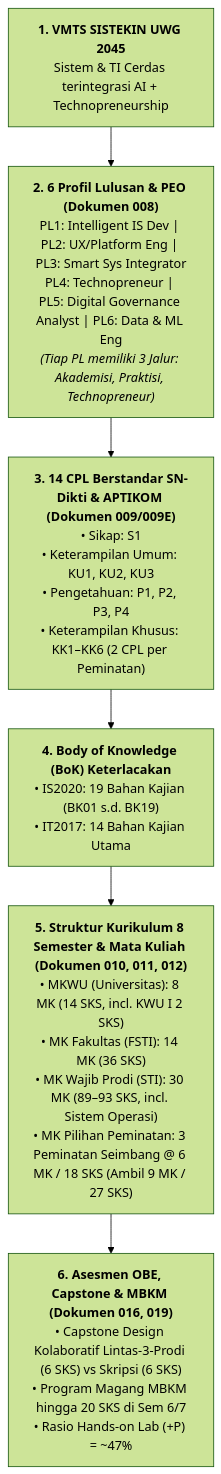
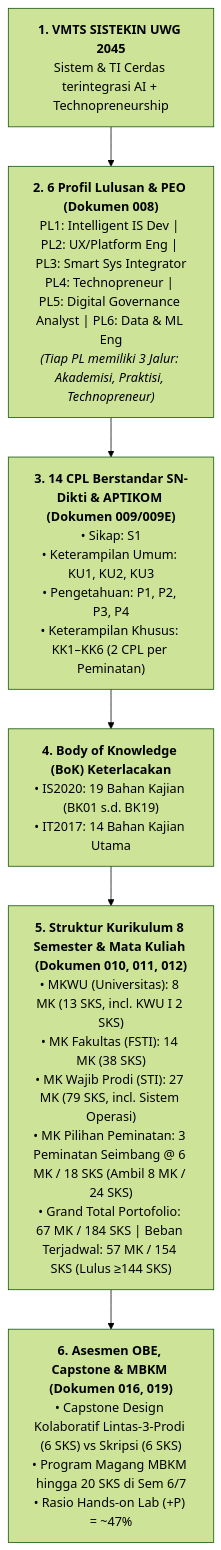
One commit to roniwahyu/--BRAINSTORMING_KURIKULUM2026 changed the diagram in KURIKULUM2026_ZCODE/020_ANALISIS_KESELARASAN_KURIKULUM_OBE_SISTEKIN.md. Above: the diagram before and after it, drawn with Mermaid (forest theme). The commit also changed other lines of this file and 5 other files, not shown here.

````diff
--- a/KURIKULUM2026_ZCODE/020_ANALISIS_KESELARASAN_KURIKULUM_OBE_SISTEKIN.md
+++ b/KURIKULUM2026_ZCODE/020_ANALISIS_KESELARASAN_KURIKULUM_OBE_SISTEKIN.md
@@ -12,13 +12,13 @@
 ```mermaid
 graph TD
     VMTS["<b>1. VMTS SISTEKIN UWG 2045</b><br/>Sistem & TI Cerdas terintegrasi AI + Technopreneurship"]
     --> PL["<b>2. 6 Profil Lulusan & PEO (Dokumen 008)</b><br/>PL1: Intelligent IS Dev | PL2: UX/Platform Eng | PL3: Smart Sys Integrator<br/>PL4: Technopreneur | PL5: Digital Governance Analyst | PL6: Data & ML Eng<br/><i>(Tiap PL memiliki 3 Jalur: Akademisi, Praktisi, Technopreneur)</i>"]
     
     PL --> CPL["<b>3. 14 CPL Berstandar SN-Dikti & APTIKOM (Dokumen 009/009E)</b><br/>• Sikap: S1<br/>• Keterampilan Umum: KU1, KU2, KU3<br/>• Pengetahuan: P1, P2, P3, P4<br/>• Keterampilan Khusus: KK1–KK6 (2 CPL per Peminatan)"]
     
     CPL --> BOK["<b>4. Body of Knowledge (BoK) Keterlacakan</b><br/>• IS2020: 19 Bahan Kajian (BK01 s.d. BK19)<br/>• IT2017: 14 Bahan Kajian Utama"]
     
-    BOK --> STRUKTUR["<b>5. Struktur Kurikulum 8 Semester & Mata Kuliah (Dokumen 010, 011, 012)</b><br/>• MKWU (Universitas): 8 MK (14 SKS, incl. KWU I 2 SKS)<br/>• MK Fakultas (FSTI): 14 MK (36 SKS)<br/>• MK Wajib Prodi (STI): 30 MK (89–93 SKS, incl. Sistem Operasi)<br/>• MK Pilihan Peminatan: 3 Peminatan Seimbang @ 6 MK / 18 SKS (Ambil 9 MK / 27 SKS)"]
+    BOK --> STRUKTUR["<b>5. Struktur Kurikulum 8 Semester & Mata Kuliah (Dokumen 010, 011, 012)</b><br/>• MKWU (Universitas): 8 MK (13 SKS, incl. KWU I 2 SKS)<br/>• MK Fakultas (FSTI): 14 MK (38 SKS)<br/>• MK Wajib Prodi (STI): 27 MK (79 SKS, incl. Sistem Operasi)<br/>• MK Pilihan Peminatan: 3 Peminatan Seimbang @ 6 MK / 18 SKS (Ambil 8 MK / 24 SKS)<br/>• Grand Total Portofolio: 67 MK / 184 SKS | Beban Terjadwal: 57 MK / 154 SKS (Lulus ≥144 SKS)"]
     
     STRUKTUR --> ASSESS["<b>6. Asesmen OBE, Capstone & MBKM (Dokumen 016, 019)</b><br/>• Capstone Design Kolaboratif Lintas-3-Prodi (6 SKS) vs Skripsi (6 SKS)<br/>• Program Magang MBKM hingga 20 SKS di Sem 6/7<br/>• Rasio Hands-on Lab (+P) = ~47%"]
 ```
````
